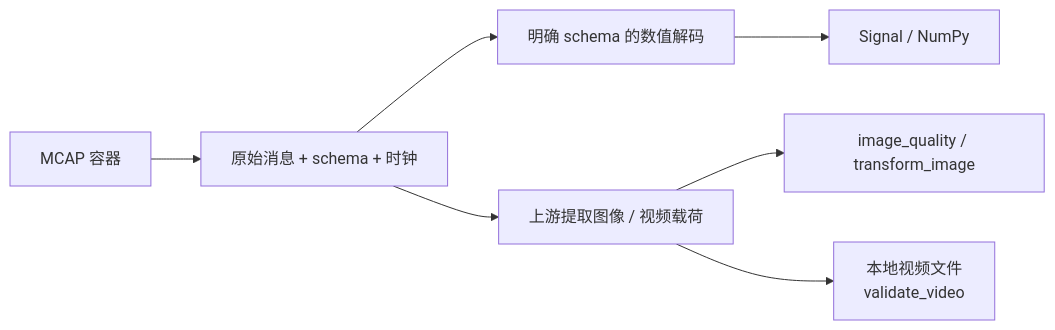
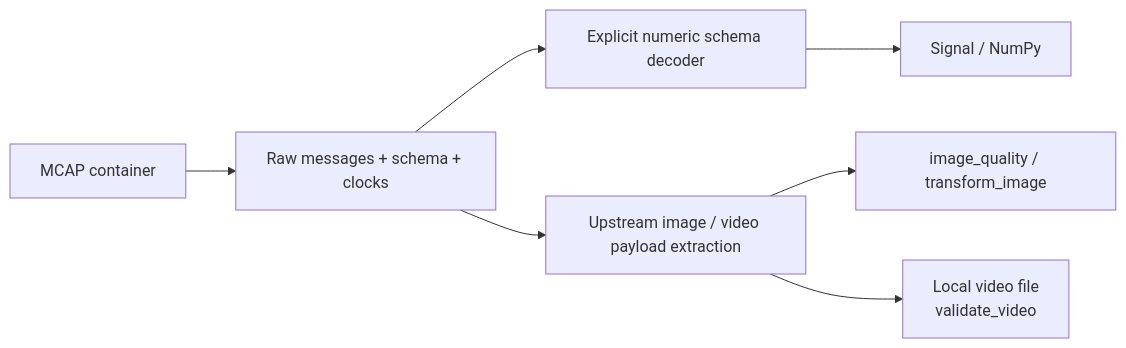
Before and after one commit to XieWeikai/mcap-ops: the diagram in docs/guides/media.md, drawn with Mermaid. The commit also changed other lines of this file and 71 other files, not shown here.

````diff
--- a/docs/guides/media.md
+++ b/docs/guides/media.md
@@ -7,9 +9,9 @@
 ```mermaid
 flowchart LR
-    M["MCAP 容器"] --> RAW["原始消息 + schema + 时钟"]
-    RAW --> N["明确 schema 的数值解码"]
-    RAW --> V["上游提取图像 / 视频载荷"]
+    M["MCAP container"] --> RAW["Raw messages + schema + clocks"]
+    RAW --> N["Explicit numeric schema decoder"]
+    RAW --> V["Upstream image / video payload extraction"]
     N --> S["Signal / NumPy"]
     V --> I["image_quality / transform_image"]
-    V --> F["本地视频文件<br/>validate_video"]
+    V --> F["Local video file<br/>validate_video"]
 ```
````
